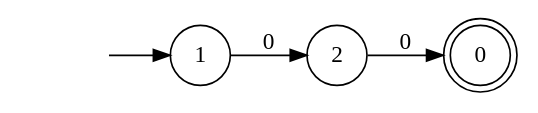
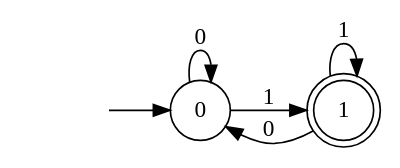
The diagram in dotfiles/DFA1.dot (Faymiaouent/Automa4U), drawn with Graphviz before and after one commit. The commit also changed 86 other files, not shown here.

```diff
--- a/dotfiles/DFA1.dot
+++ b/dotfiles/DFA1.dot
@@ -1,10 +1,11 @@
 digraph Automaton {
   rankdir = LR;
-0 [shape=doublecircle]; 
 node [shape=circle];
   initial [shape=plaintext,label=""];
-  initial -> 1
-  1 -> 2 [label="0"];
-node [shape=circle];
-  2 -> 0 [label="0"];
+  initial -> 0
+  0 -> 0 [label="0"];
+  0 -> 1 [label="1"];
+1 [shape=doublecircle]; 
+  1 -> 0 [label="0"];
+  1 -> 1 [label="1"];
 }
```
